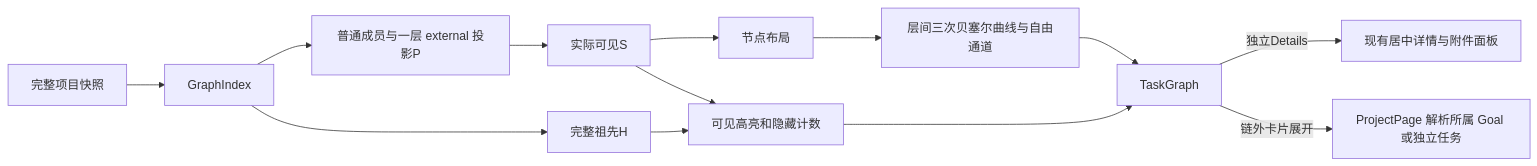
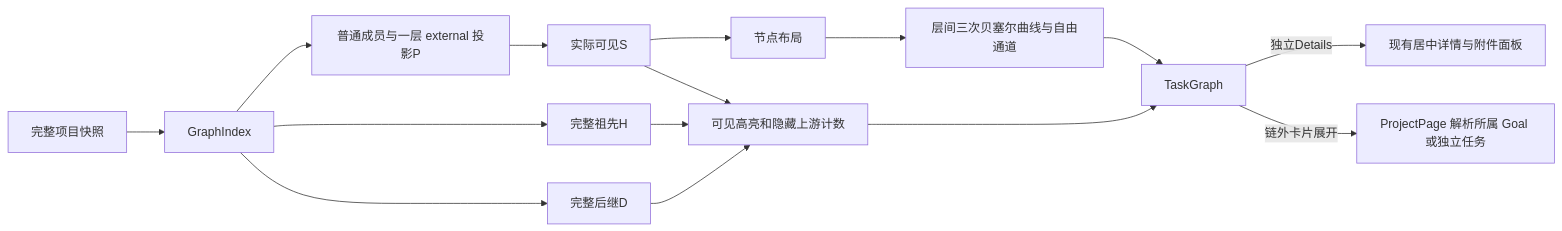
Before and after one commit to codetreker/daynight: the diagram in docs/design/daynight-task-inspection.md, drawn with Mermaid. The commit also changed other lines of this file and 22 other files, not shown here.

Commit message:
Highlight task graph successors alongside prerequisites

````diff
--- a/docs/design/daynight-task-inspection.md
+++ b/docs/design/daynight-task-inspection.md
@@ -16,15 +16,17 @@
 ```mermaid
 flowchart LR
   Snapshot[完整项目快照] --> Index[GraphIndex]
   Index --> P[普通成员与一层 external 投影P]
   P --> S[实际可见S]
   S --> Layout[节点布局]
   Layout --> Channels[层间三次贝塞尔曲线与自由通道]
   Index --> H[完整祖先H]
-  H --> Paint[可见高亮和隐藏计数]
+  Index --> D[完整后继D]
+  D --> Paint[可见高亮和隐藏上游计数]
+  H --> Paint
   S --> Paint
   Channels --> Canvas[TaskGraph]
   Paint --> Canvas
   Canvas -->|独立Details| Detail[现有居中详情与附件面板]
   Canvas -->|链外卡片展开| Navigate[ProjectPage 解析所属 Goal 或独立任务]
 ```
````
